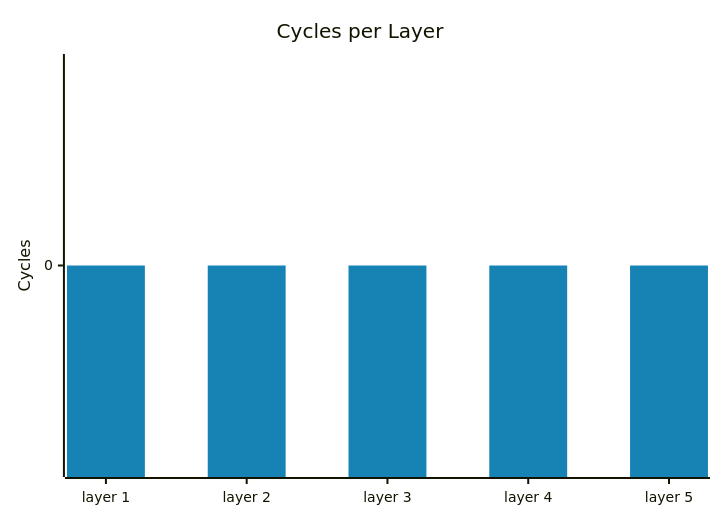
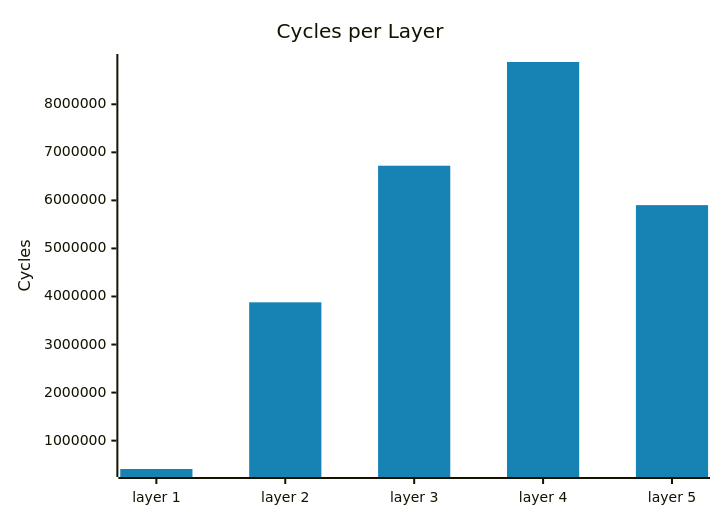
One commit to Jackiempty/AoC_Lab changed the first of 3 diagrams in lab5/report.md. Above: the diagram before and after it, drawn with Mermaid. The commit also changed other lines of this file and 5 other files, not shown here.

````diff
--- a/lab5/report.md
+++ b/lab5/report.md
@@ -43,14 +66,14 @@
     ```mermaid
     %%{init: {
     "themeVariables": {
         "xyChart": {
         "plotColorPalette": "#1783b5"
         }
     }
     }}%%
     xychart-beta
         title "Cycles per Layer"
         x-axis ["layer 1", "layer 2", "layer 3", "layer 4", "layer 5"]
         y-axis "Cycles"
-        bar [0, 0, 0, 0, 0]
+        bar [409685, 3878716, 6721669, 8880251, 5901435]
     ```
````
